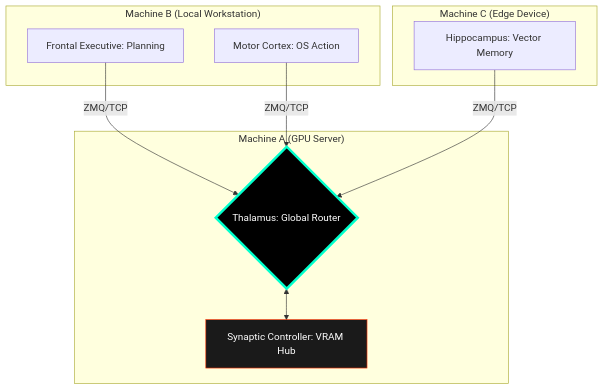
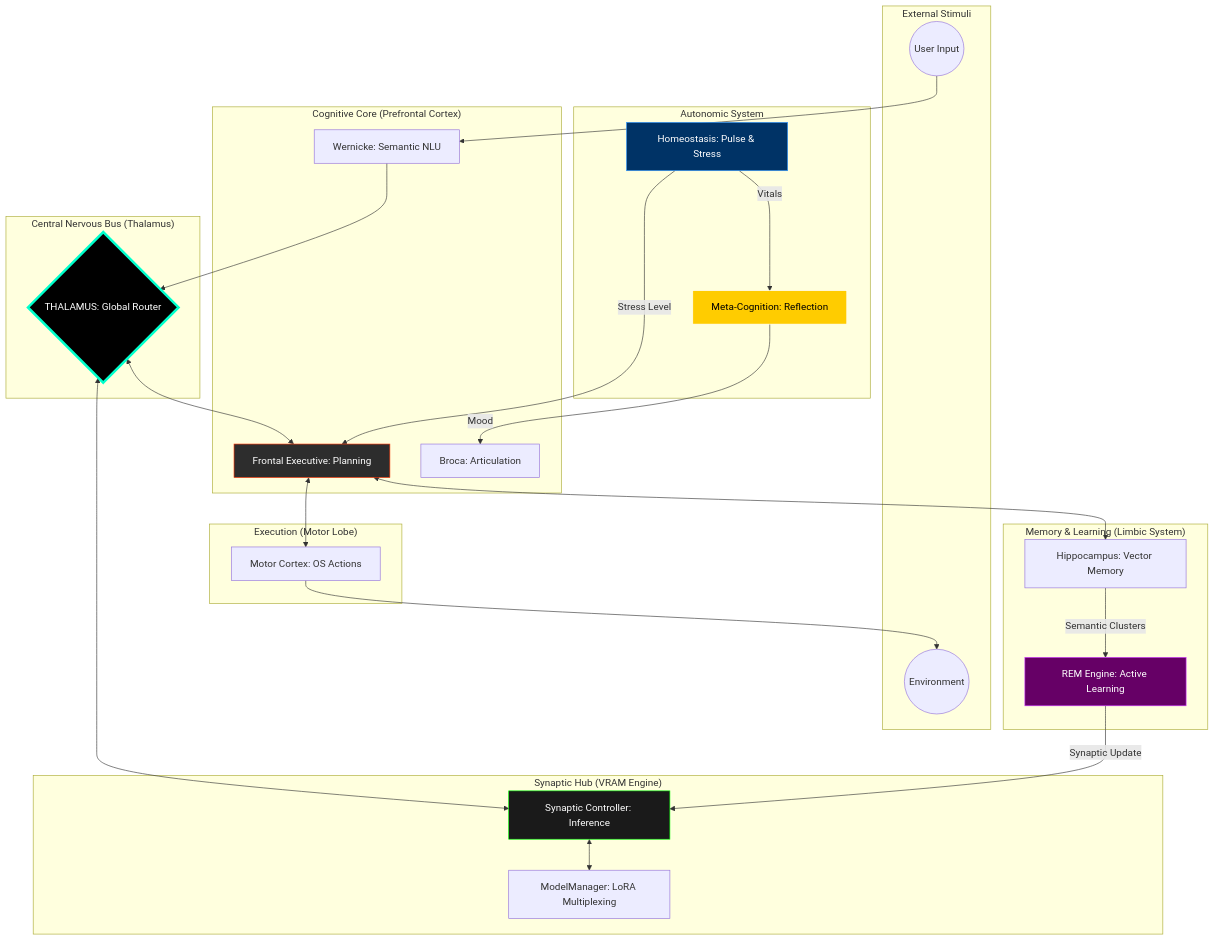
Before and after one commit to jpmlima/NeuroSwarm: the diagram in README.md, drawn with Mermaid. The commit also changed other lines of this file, not shown here.

Commit message:
docs: Restore and expand functional neuro-anatomy diagram

````diff
--- a/README.md
+++ b/README.md
@@ -33,24 +35,59 @@
 ```mermaid
 graph TD
-    subgraph "Machine A (GPU Server)"
-        TH{Thalamus: Global Router}
-        SC[Synaptic Controller: VRAM Hub]
+    subgraph "External Stimuli"
+        User((User Input))
+        Env((Environment))
     end
 
-    subgraph "Machine B (Local Workstation)"
-        FE[Frontal Executive: Planning]
-        MT[Motor Cortex: OS Action]
+    subgraph "Central Nervous Bus (Thalamus)"
+        TH{THALAMUS: Global Router}
     end
 
-    subgraph "Machine C (Edge Device)"
-        HP[Hippocampus: Vector Memory]
+    subgraph "Cognitive Core (Prefrontal Cortex)"
+        FE[Frontal Executive: Planning]
+        WN[Wernicke: Semantic NLU]
+        BR[Broca: Articulation]
     end
 
-    FE -- ZMQ/TCP --> TH
-    MT -- ZMQ/TCP --> TH
-    HP -- ZMQ/TCP --> TH
+    subgraph "Synaptic Hub (VRAM Engine)"
+        SC[Synaptic Controller: Inference]
+        MM[ModelManager: LoRA Multiplexing]
+    end
+
+    subgraph "Memory & Learning (Limbic System)"
+        HP[Hippocampus: Vector Memory]
+        REM[REM Engine: Active Learning]
+    end
+
+    subgraph "Autonomic System"
+        HM[Homeostasis: Pulse & Stress]
+        MC[Meta-Cognition: Reflection]
+    end
+
+    subgraph "Execution (Motor Lobe)"
+        MT[Motor Cortex: OS Actions]
+    end
+
+    %% Flow
+    User --> WN
+    WN --> TH
+    TH <--> FE
+    FE <--> MT
     TH <--> SC
-    
+    SC <--> MM
+    FE <--> HP
+    HP -- Semantic Clusters --> REM
+    REM -- Synaptic Update --> SC
+    HM -- Stress Level --> FE
+    HM -- Vitals --> MC
+    MC -- Mood --> BR
+    MT --> Env
+
+    %% Styling
     style TH fill:#000,stroke:#00ffcc,stroke-width:4px,color:#fff
-    style SC fill:#1a1a1a,stroke:#ff3300,color:#fff
+    style FE fill:#2d2d2d,stroke:#ff3300,color:#fff
+    style HM fill:#003366,stroke:#3399ff,color:#fff
+    style MC fill:#ffcc00,stroke:#fff,color:#000
+    style REM fill:#660066,stroke:#cc33ff,color:#fff
+    style SC fill:#1a1a1a,stroke:#00ff00,color:#fff
 ```
````
